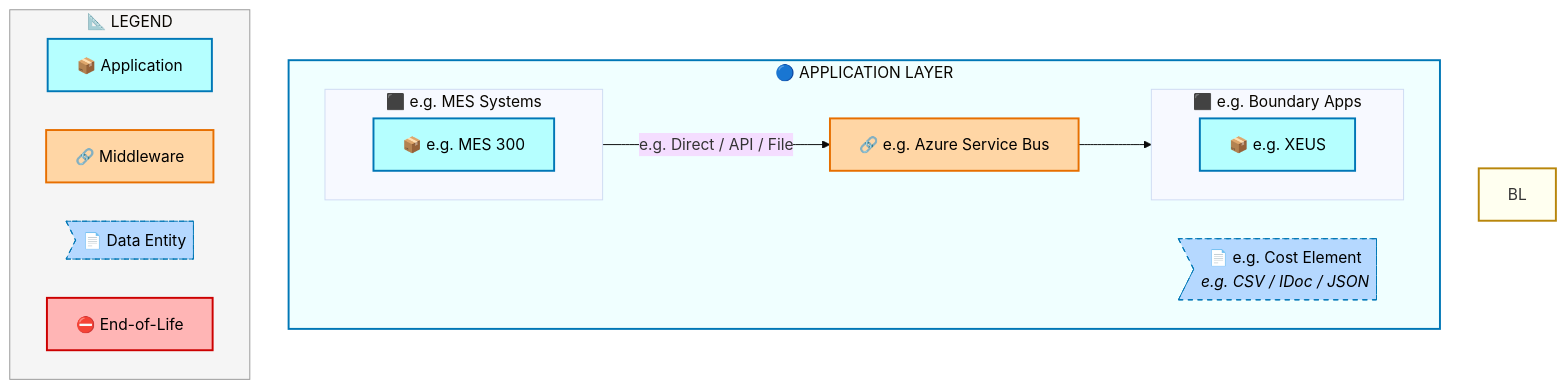
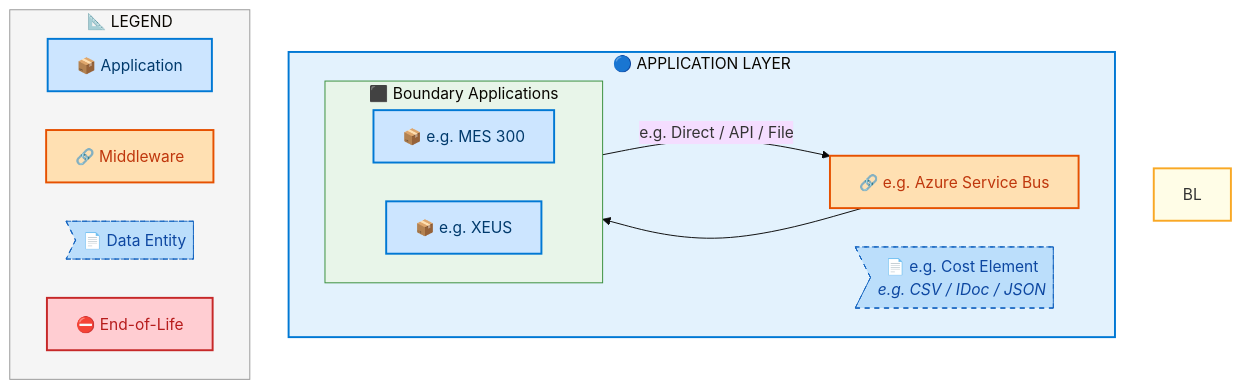
One commit to sajivfrancis777/IAO-Architecture changed the fifth of 7 diagrams in towers/E2E/Master Data/E2E-91/output/docs/systems-architecture/E2E-91-Architecture.md. Above: the diagram before and after it, drawn with Mermaid. The commit also changed other lines of this file and 394 other files, not shown here.

First line of the commit message:
feat: structured layer ordering for Mermaid architecture diagrams

````diff
--- a/towers/E2E/Master Data/E2E-91/output/docs/systems-architecture/E2E-91-Architecture.md
+++ b/towers/E2E/Master Data/E2E-91/output/docs/systems-architecture/E2E-91-Architecture.md
@@ -503,39 +513,42 @@
 ```mermaid
 %%{init: {"theme": "base", "securityLevel": "loose", "themeVariables": {"fontSize": "16px", "fontFamily": "Segoe UI, Arial, sans-serif"}, "flowchart": {"useMaxWidth": false, "htmlLabels": true, "nodeSpacing": 40, "rankSpacing": 50}} }%%
 flowchart TB
-    %% -- ArchiMate-inspired style classes --
-    classDef business      fill:#FFFFB5,stroke:#B8860B,stroke-width:2px,color:#000
-    classDef app           fill:#B5FFFF,stroke:#0077B6,stroke-width:2px,color:#000
-    classDef data          fill:#B5D8FF,stroke:#0077B6,stroke-width:1px,color:#000,stroke-dasharray: 5 5
-    classDef middleware    fill:#FFD6A5,stroke:#E76F00,stroke-width:2px,color:#000
-    classDef eol           fill:#FFB5B5,stroke:#CC0000,stroke-width:2px,color:#000
+    %% -- ArchiMate 3.2 + Azure style classes --
+    classDef business      fill:#FFFFB3,stroke:#F9A825,stroke-width:2px,color:#000
+    classDef app           fill:#CCE5FF,stroke:#0078D4,stroke-width:2px,color:#003A6C
+    classDef data          fill:#BBDEFB,stroke:#1565C0,stroke-width:1px,color:#0D47A1,stroke-dasharray: 5 5
+    classDef middleware    fill:#FFE0B2,stroke:#E65100,stroke-width:2px,color:#BF360C
+    classDef eol           fill:#FFCDD2,stroke:#C62828,stroke-width:2px,color:#B71C1C
+    classDef saas          fill:#E1BEE7,stroke:#7B1FA2,stroke-width:2px,color:#4A148C
+    classDef cloud         fill:#BBDEFB,stroke:#1565C0,stroke-width:2px,color:#0D47A1
+    classDef onprem        fill:#C8E6C9,stroke:#2E7D32,stroke-width:2px,color:#1B5E20
 
     subgraph AL["🔵 APPLICATION LAYER"]
         direction LR
-        subgraph E2E91FLN_e_g_Boundary_Apps[" ⬛ e.g. Boundary Apps"]
-            direction LR
-            E2E91F_e_g_XEUS["📦 e.g. XEUS"]:::app
-        end
-        subgraph E2E91FLN_e_g_MES_Systems[" ⬛ e.g. MES Systems"]
+        subgraph E2E91FLN_Boundary_Applications[" ⬛ Boundary Applications"]
             direction LR
             E2E91F_e_g_MES_300["📦 e.g. MES 300"]:::app
+            E2E91F_e_g_XEUS["📦 e.g. XEUS"]:::app
         end
         E2E91FMW_e_g_Azure_Service_Bus["🔗 e.g. Azure Service Bus"]:::middleware
         E2E91FDE_e_g_Cost_Element>"📄 e.g. Cost Element<br/><i>e.g. CSV / IDoc / JSON</i>"]:::data
     end
 
     E2E91F_e_g_MES_300 -->|"e.g. Direct / API / File"| E2E91FMW_e_g_Azure_Service_Bus
     E2E91FMW_e_g_Azure_Service_Bus --> E2E91F_e_g_XEUS
 
-    style BL fill:#FFFFF0,stroke:#B8860B,stroke-width:2px
-    style AL fill:#F0FFFF,stroke:#0077B6,stroke-width:2px
+
+    style BL fill:#FFFDE7,stroke:#F9A825,stroke-width:2px
+    style AL fill:#E3F2FD,stroke:#0078D4,stroke-width:2px
+
+    style E2E91FLN_Boundary_Applications fill:#E8F5E9,stroke:#388E3C,stroke-width:1px
 
     subgraph Legend["📐 LEGEND"]
         direction LR
         L_APP["📦 Application"]:::app
         L_MW["🔗 Middleware"]:::middleware
         L_DE>"📄 Data Entity"]:::data
         L_EOL["⛔ End-of-Life"]:::eol
     end
     style Legend fill:#F5F5F5,stroke:#999,stroke-width:1px
 ```
````
